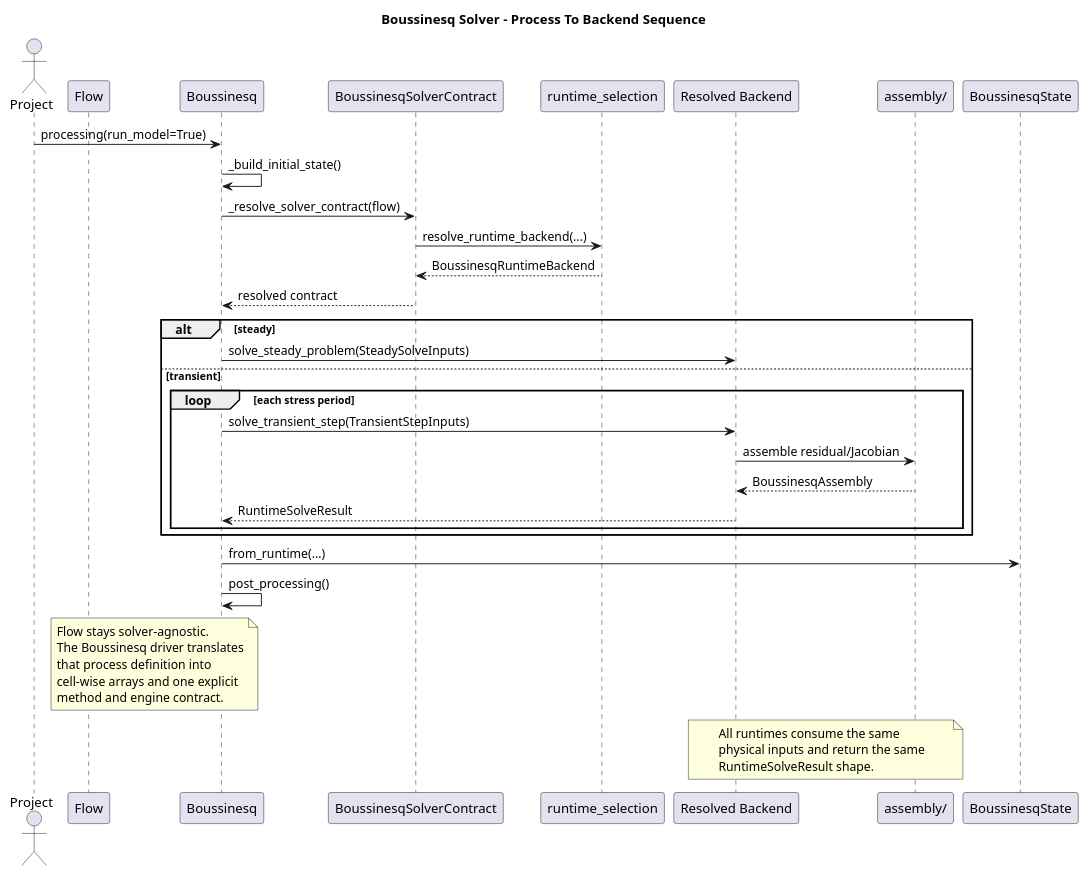
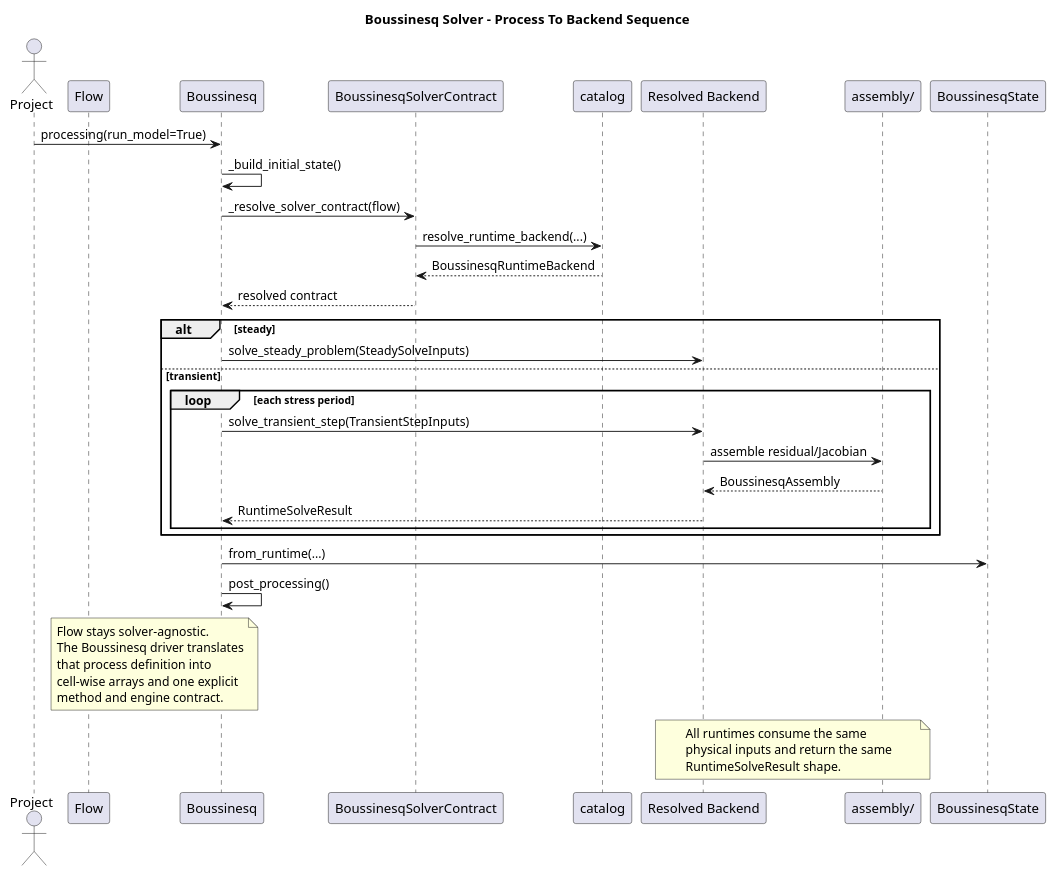
Before and after one commit to HydroModPy/HydroModPy: the diagram in docs/source/contribute/architecture/solver/diagrams/boussinesq_process_to_backend_sequence.wsd, drawn with PlantUML. The commit also changed 342 other files, not shown here.

```diff
--- a/docs/source/contribute/architecture/solver/diagrams/boussinesq_process_to_backend_sequence.wsd
+++ b/docs/source/contribute/architecture/solver/diagrams/boussinesq_process_to_backend_sequence.wsd
@@ -1,48 +1,48 @@
 @startuml
 title Boussinesq Solver - Process To Backend Sequence
 
 actor Project
 participant Flow
 participant "Boussinesq" as Solver
 participant "BoussinesqSolverContract" as Contract
-participant "runtime_selection" as Selection
+participant "catalog" as Selection
 participant "Resolved Backend" as Backend
 participant "assembly/" as Assembly
 participant "BoussinesqState" as State
 
 Project -> Solver : processing(run_model=True)
 Solver -> Solver : _build_initial_state()
 Solver -> Contract : _resolve_solver_contract(flow)
 Contract -> Selection : resolve_runtime_backend(...)
 Selection --> Contract : BoussinesqRuntimeBackend
 Contract --> Solver : resolved contract
 
 alt steady
   Solver -> Backend : solve_steady_problem(SteadySolveInputs)
 else transient
   loop each stress period
     Solver -> Backend : solve_transient_step(TransientStepInputs)
     Backend -> Assembly : assemble residual/Jacobian
     Assembly --> Backend : BoussinesqAssembly
     Backend --> Solver : RuntimeSolveResult
   end
 end
 
 Solver -> State : from_runtime(...)
 Solver -> Solver : post_processing()
 
 note over Flow, Solver
 Flow stays solver-agnostic.
 The Boussinesq driver translates
 that process definition into
 cell-wise arrays and one explicit
 method and engine contract.
 end note
 
 note over Backend, Assembly
 All runtimes consume the same
 physical inputs and return the same
 RuntimeSolveResult shape.
 end note
 
 @enduml
```
